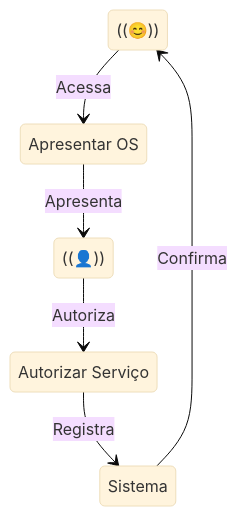
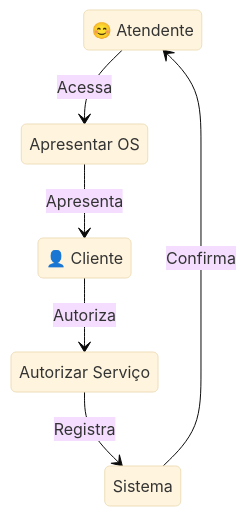
One commit to marcus2703/sistema-ordem-servico-oficina changed the eighth of 13 diagrams in casos_uso.md. Above: the diagram before and after it, drawn with Mermaid (base theme). The commit also changed other lines of this file, not shown here.

````diff
--- a/casos_uso.md
+++ b/casos_uso.md
@@ -235,14 +235,14 @@
 ```mermaid
 stateDiagram-v2
-    Atendente: ((😊))
-    Cliente: ((👤))
+    Atendente: 😊 Atendente
+    Cliente: 👤 Cliente
     Sistema: Sistema
     ApresentarOS: Apresentar OS
     AutorizarServico: Autorizar Serviço
     
     Atendente --> ApresentarOS: Acessa
     ApresentarOS --> Cliente: Apresenta
     Cliente --> AutorizarServico: Autoriza
     AutorizarServico --> Sistema: Registra
     Sistema --> Atendente: Confirma
 ```
````
